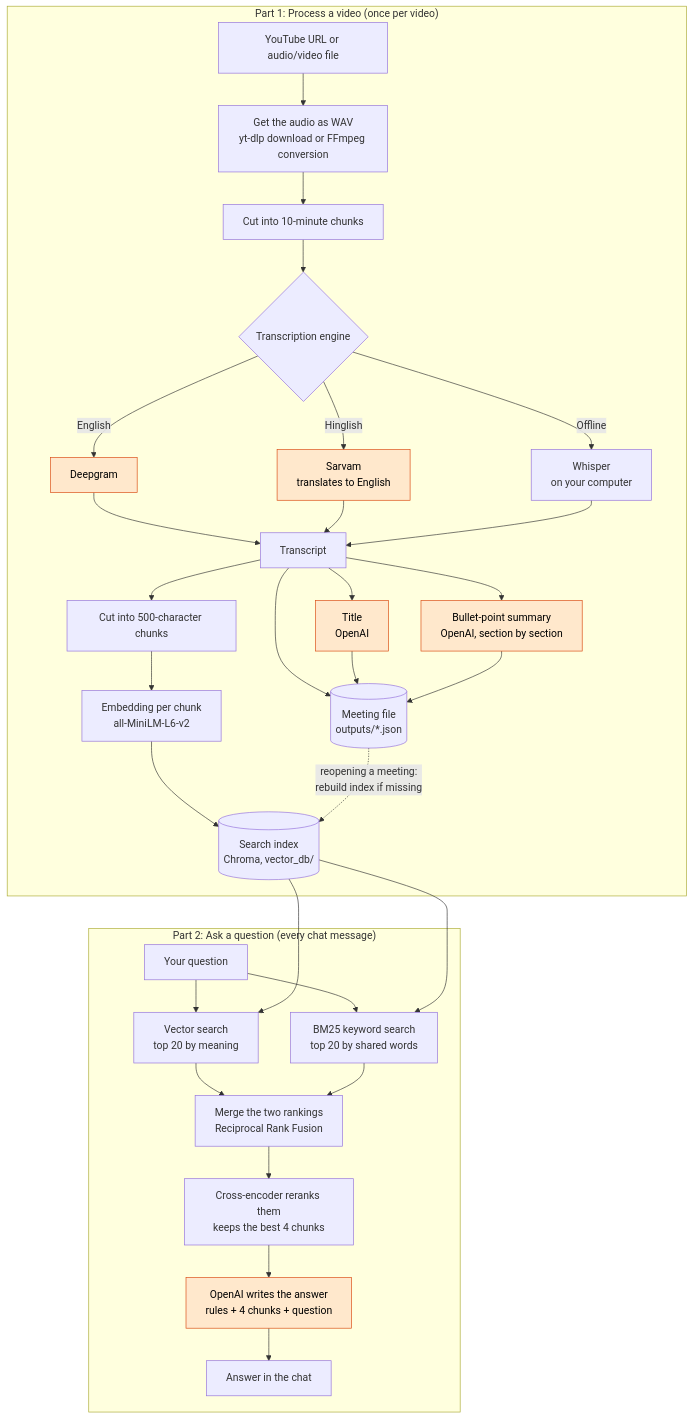
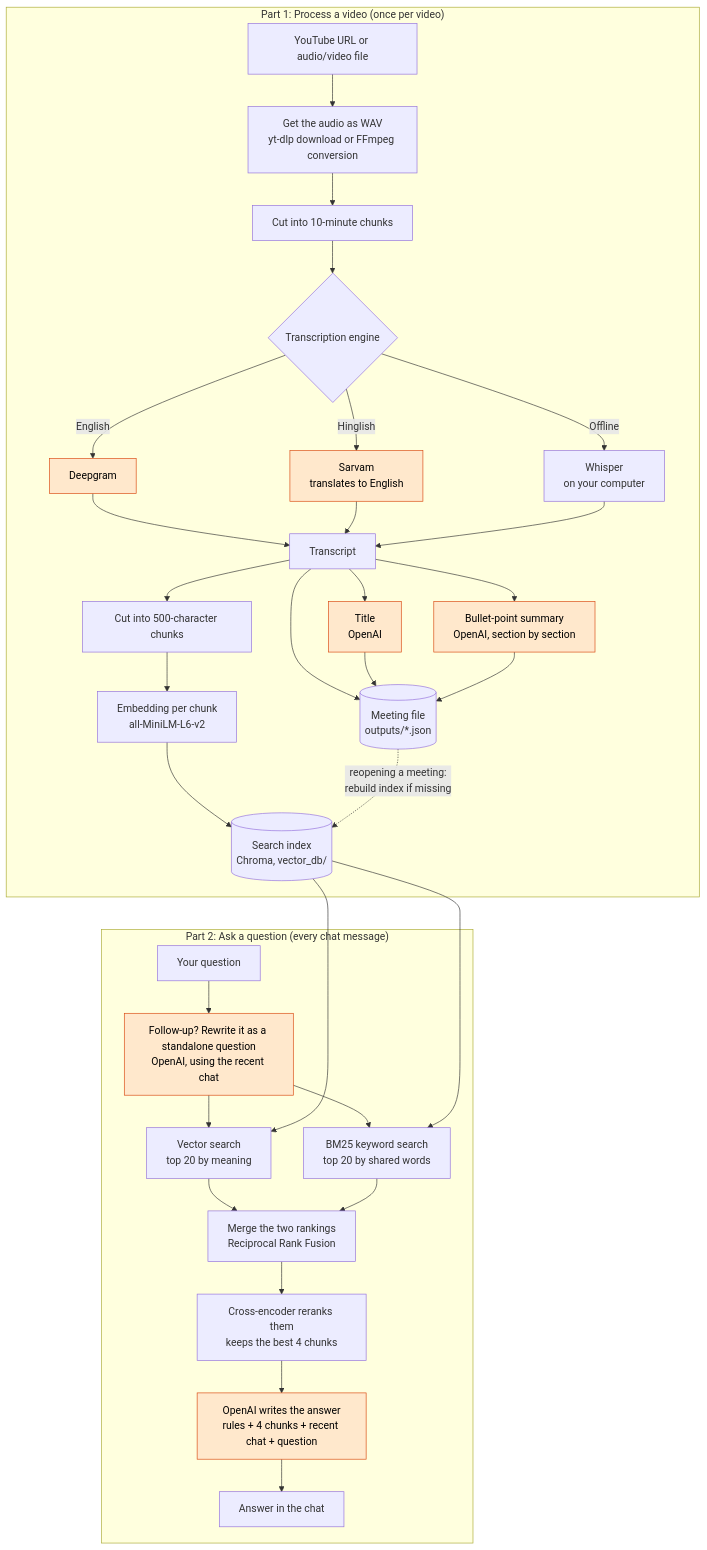
Before and after one commit to mahim83/AI-Video-Assistant: the diagram in README.md, drawn with Mermaid. The commit also changed other lines of this file and 6 other files, not shown here.

````diff
--- a/README.md
+++ b/README.md
@@ -15,40 +16,41 @@
 ```mermaid
 flowchart TD
     subgraph PROCESS["Part 1: Process a video (once per video)"]
         IN["YouTube URL or audio/video file"] --> AUDIO["Get the audio as WAV<br/>yt-dlp download or FFmpeg conversion"]
         AUDIO --> SPLIT["Cut into 10-minute chunks"]
         SPLIT --> ENGINE{"Transcription engine"}
         ENGINE -->|English| DG["Deepgram"]
         ENGINE -->|Hinglish| SV["Sarvam<br/>translates to English"]
         ENGINE -->|Offline| WH["Whisper<br/>on your computer"]
         DG --> TR["Transcript"]
         SV --> TR
         WH --> TR
         TR --> TITLE["Title<br/>OpenAI"]
         TR --> SUM["Bullet-point summary<br/>OpenAI, section by section"]
         TR --> CHUNK["Cut into 500-character chunks"]
         CHUNK --> EMB["Embedding per chunk<br/>all-MiniLM-L6-v2"]
         EMB --> DB[("Search index<br/>Chroma, vector_db/")]
         TR --> SAVE[("Meeting file<br/>outputs/*.json")]
         TITLE --> SAVE
         SUM --> SAVE
     end
 
     subgraph ASK["Part 2: Ask a question (every chat message)"]
-        Q["Your question"] --> VEC["Vector search<br/>top 20 by meaning"]
-        Q --> KW["BM25 keyword search<br/>top 20 by shared words"]
+        Q["Your question"] --> RW["Follow-up? Rewrite it as a standalone question<br/>OpenAI, using the recent chat"]
+        RW --> VEC["Vector search<br/>top 20 by meaning"]
+        RW --> KW["BM25 keyword search<br/>top 20 by shared words"]
         VEC --> RRF["Merge the two rankings<br/>Reciprocal Rank Fusion"]
         KW --> RRF
         RRF --> RR["Cross-encoder reranks them<br/>keeps the best 4 chunks"]
-        RR --> LLM["OpenAI writes the answer<br/>rules + 4 chunks + question"]
+        RR --> LLM["OpenAI writes the answer<br/>rules + 4 chunks + recent chat + question"]
         LLM --> ANS["Answer in the chat"]
     end
 
     DB ~~~ Q
     DB --> VEC
     DB --> KW
     SAVE -.->|"reopening a meeting:<br/>rebuild index if missing"| DB
 
     classDef cloud fill:#ffe8cc,stroke:#d9480f,color:#000
-    class DG,SV,TITLE,SUM,LLM cloud
+    class DG,SV,TITLE,SUM,RW,LLM cloud
 ```
````
